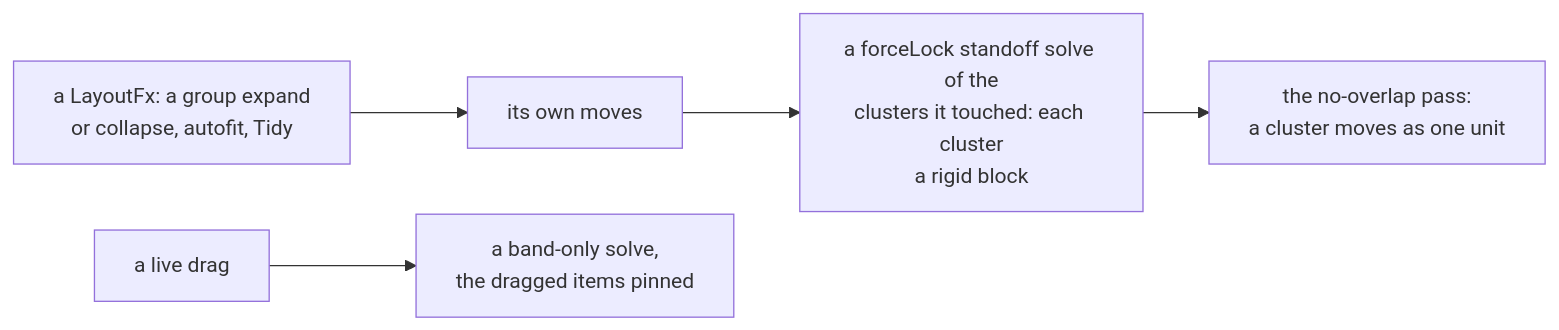
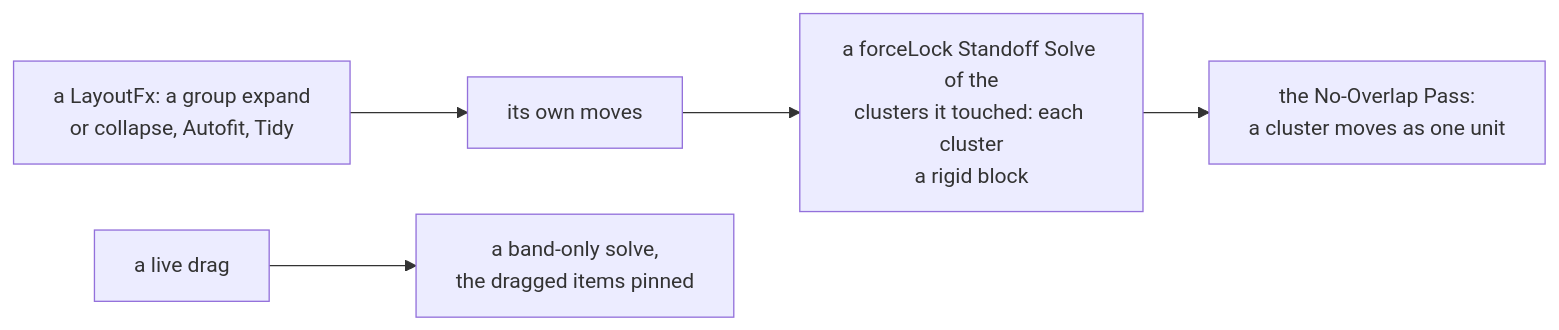
One commit to bubba8587/solenoid changed the diagram in tree/specs/canvas/standoffs.md. Above: the diagram before and after it, drawn with Mermaid. The commit also changed other lines of this file and 7 other files, not shown here.

````diff
--- a/tree/specs/canvas/standoffs.md
+++ b/tree/specs/canvas/standoffs.md
@@ -61,7 +61,7 @@
 ```mermaid
 flowchart LR
-    op["a LayoutFx: a group expand<br>or collapse, autofit, Tidy"] --> moves["its own moves"]
-    moves --> solve["a forceLock standoff solve of the<br>clusters it touched: each cluster<br>a rigid block"]
-    solve --> ov["the no-overlap pass:<br>a cluster moves as one unit"]
+    op["a LayoutFx: a group expand<br>or collapse, Autofit, Tidy"] --> moves["its own moves"]
+    moves --> solve["a forceLock Standoff Solve of the<br>clusters it touched: each cluster<br>a rigid block"]
+    solve --> ov["the No-Overlap Pass:<br>a cluster moves as one unit"]
     drag["a live drag"] --> band["a band-only solve,<br>the dragged items pinned"]
 ```
````
